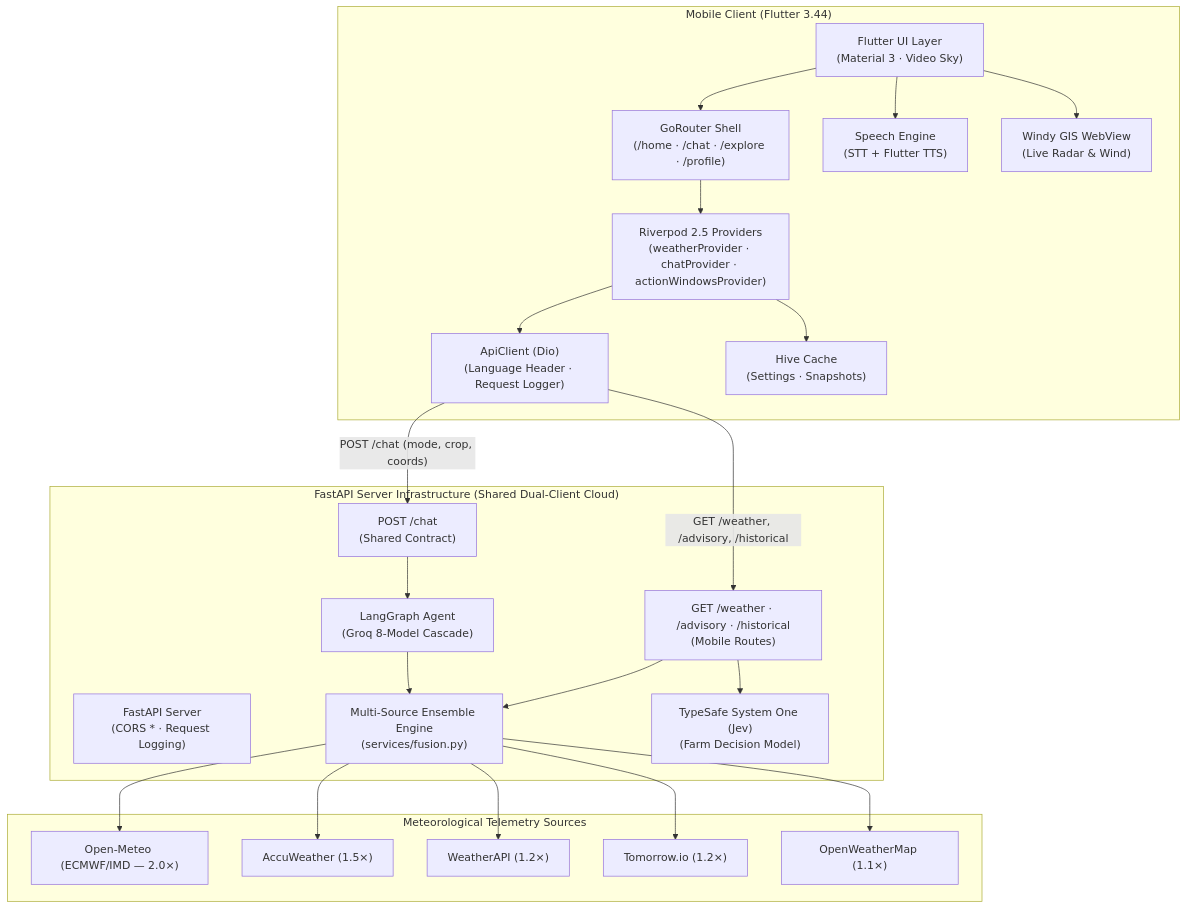
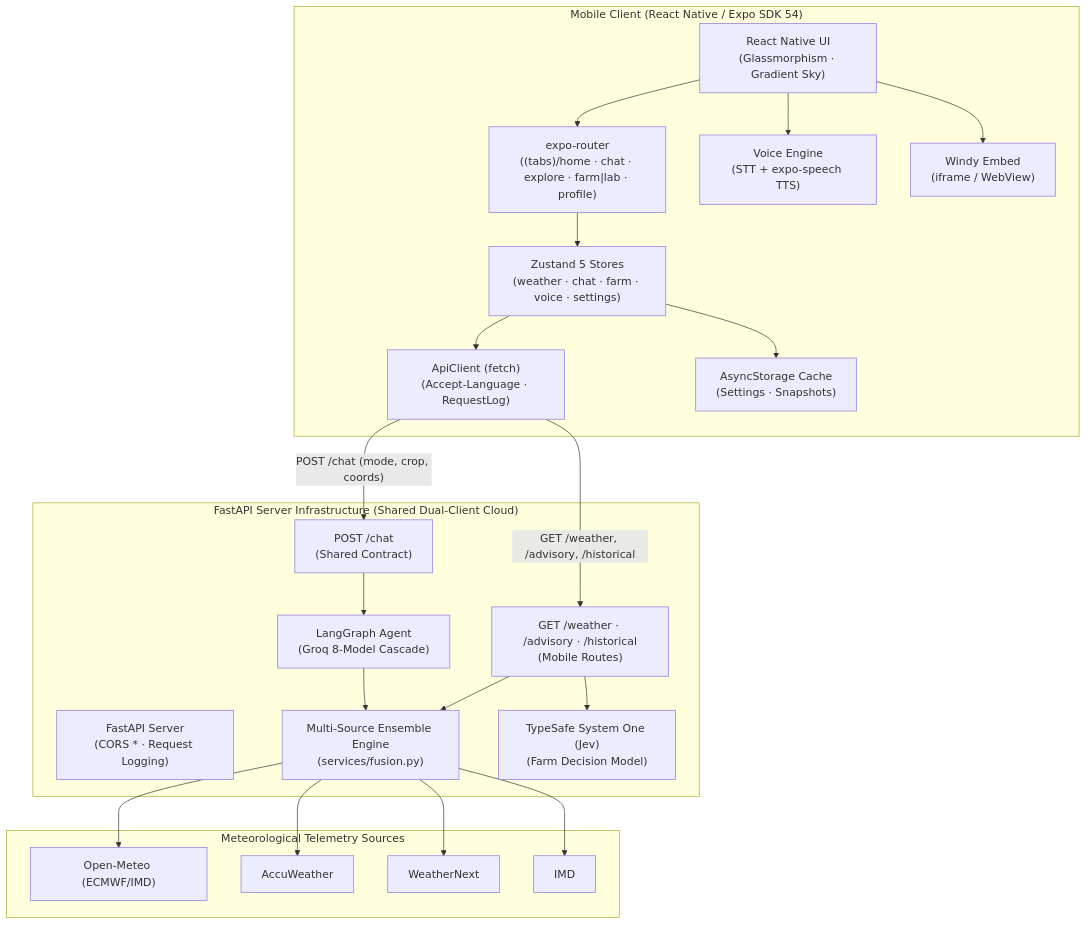
Before and after one commit to omsenjalia/weathergpt-app: the diagram in README.md, drawn with Mermaid. The commit also changed other lines of this file and 326 other files, not shown here.

````diff
--- a/README.md
+++ b/README.md
@@ -146,50 +110,48 @@
 ```mermaid
 graph TB
-    subgraph "Mobile Client (Flutter 3.44)"
-        UI["Flutter UI Layer<br/>(Material 3 · Video Sky)"]
-        ROUTER["GoRouter Shell<br/>(/home · /chat · /explore · /profile)"]
-        STATE["Riverpod 2.5 Providers<br/>(weatherProvider · chatProvider · actionWindowsProvider)"]
-        API["ApiClient (Dio)<br/>(Language Header · Request Logger)"]
-        HIVE["Hive Cache<br/>(Settings · Snapshots)"]
-        VOICE["Speech Engine<br/>(STT + Flutter TTS)"]
-        MAP["Windy GIS WebView<br/>(Live Radar & Wind)"]
+    subgraph "Mobile Client (React Native / Expo SDK 54)"
+        UI["React Native UI<br/>(Glassmorphism · Gradient Sky)"]
+        ROUTER["expo-router<br/>((tabs)/home · chat · explore · farm|lab · profile)"]
+        STATE["Zustand 5 Stores<br/>(weather · chat · farm · voice · settings)"]
+        API["ApiClient (fetch)<br/>(Accept-Language · RequestLog)"]
+        ASYNC["AsyncStorage Cache<br/>(Settings · Snapshots)"]
+        VOICE["Voice Engine<br/>(STT + expo-speech TTS)"]
+        MAP["Windy Embed<br/>(iframe / WebView)"]
     end
 
     subgraph "FastAPI Server Infrastructure (Shared Dual-Client Cloud)"
         SERVER["FastAPI Server<br/>(CORS * · Request Logging)"]
         RCHAT["POST /chat<br/>(Shared Contract)"]
         RMOB["GET /weather · /advisory · /historical<br/>(Mobile Routes)"]
         FUSION["Multi-Source Ensemble Engine<br/>(services/fusion.py)"]
         JEV["TypeSafe System One (Jev)<br/>(Farm Decision Model)"]
         AGENT["LangGraph Agent<br/>(Groq 8-Model Cascade)"]
     end
 
     subgraph "Meteorological Telemetry Sources"
-        OM["Open-Meteo (ECMWF/IMD — 2.0×)"]
-        AW["AccuWeather (1.5×)"]
-        WA["WeatherAPI (1.2×)"]
-        TM["Tomorrow.io (1.2×)"]
-        OWM["OpenWeatherMap (1.1×)"]
+        OM["Open-Meteo (ECMWF/IMD)"]
+        AW["AccuWeather"]
+        WN["WeatherNext"]
+        IMD["IMD"]
     end
 
     UI --> ROUTER
     ROUTER --> STATE
     STATE --> API
-    STATE --> HIVE
+    STATE --> ASYNC
     UI --> VOICE
     UI --> MAP
 
     API -->|"GET /weather, /advisory, /historical"| RMOB
     API -->|"POST /chat (mode, crop, coords)"| RCHAT
 
     RCHAT --> AGENT
     AGENT --> FUSION
     RMOB --> FUSION
     RMOB --> JEV
 
     FUSION --> OM
     FUSION --> AW
-    FUSION --> WA
-    FUSION --> TM
-    FUSION --> OWM
+    FUSION --> WN
+    FUSION --> IMD
 ```
````
